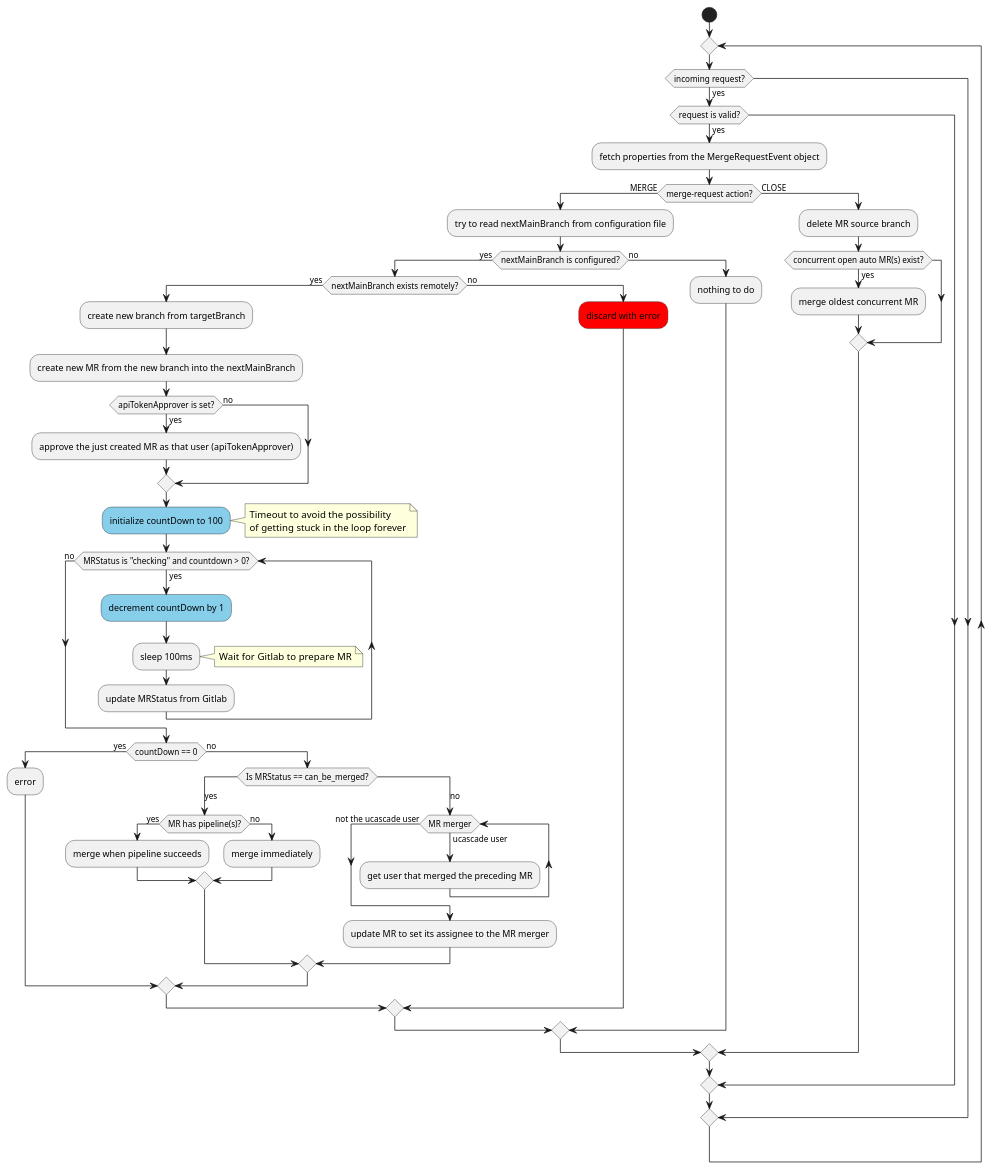
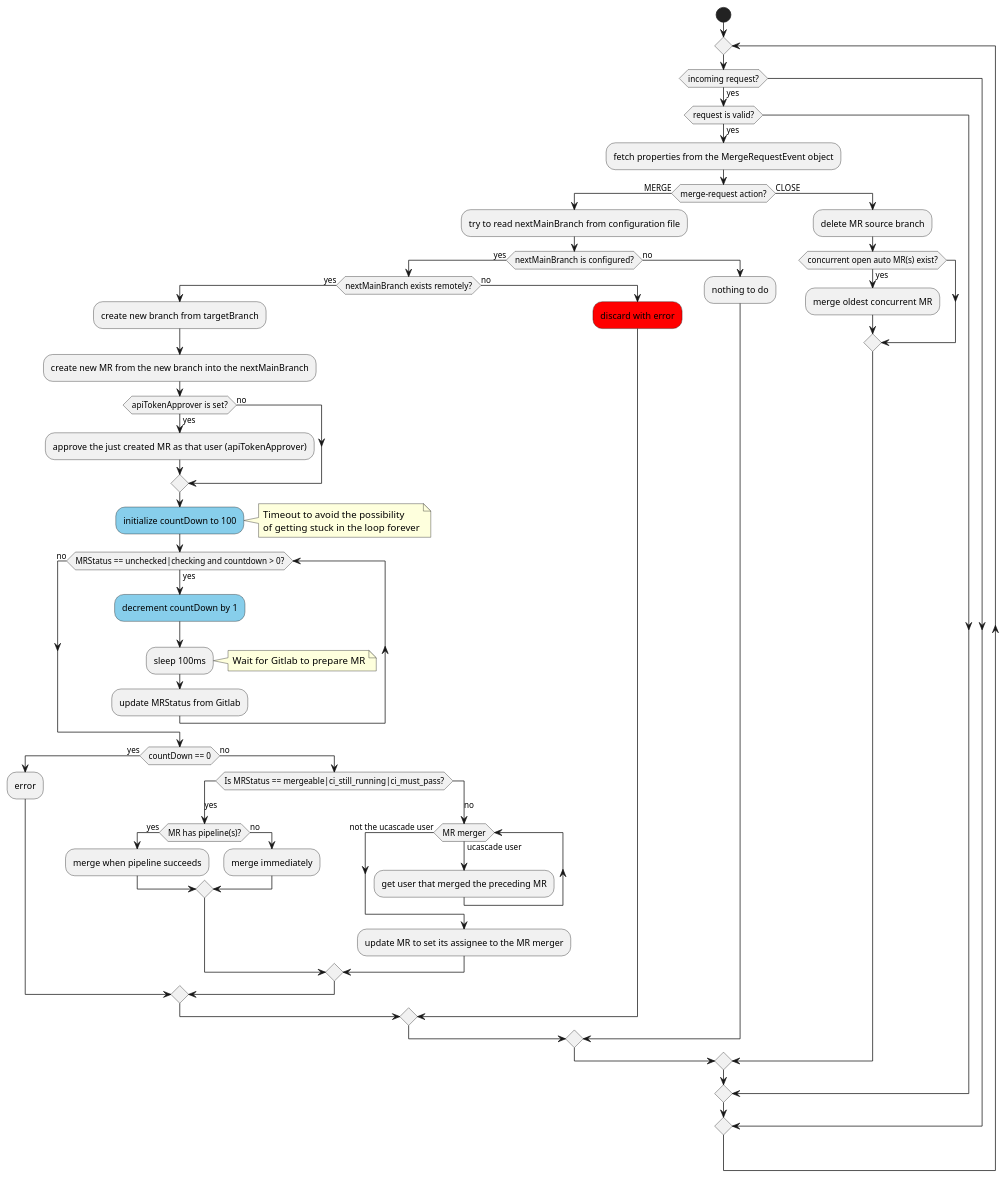
One commit to unblu/ucascade changed the diagram in _documentation/src/docs/diagrams/technical-workflow.puml. Above: the diagram before and after it, drawn with PlantUML. The commit also changed 15 other files, not shown here.

```diff
--- a/_documentation/src/docs/diagrams/technical-workflow.puml
+++ b/_documentation/src/docs/diagrams/technical-workflow.puml
@@ -1,60 +1,60 @@
 @startuml technical-workflow
 start
 repeat
 if (incoming request?) then (yes)
     if (request is valid?) then (yes)
         :fetch properties from the MergeRequestEvent object;
         if (merge-request action?) then (MERGE)
             :try to read nextMainBranch from configuration file;
             if (nextMainBranch is configured?) then (yes)
                 if (nextMainBranch exists remotely?) then (yes)
                     :create new branch from targetBranch;
                     :create new MR from the new branch into the nextMainBranch;
                     if (apiTokenApprover is set?) then (yes)
                         :approve the just created MR as that user (apiTokenApprover);
                     else (no)
                     endif
                     #SkyBlue:initialize countDown to 100;
                     note right 
                         Timeout to avoid the possibility
                         of getting stuck in the loop forever
                     end note
-                    while(MRStatus is "checking" and countdown > 0?) is (yes)
+                    while(MRStatus == unchecked|checking and countdown > 0?) is (yes)
                         #SkyBlue:decrement countDown by 1;
                         :sleep 100ms;
                         note right: Wait for Gitlab to prepare MR
                         :update MRStatus from Gitlab;
                     endwhile (no)
                     if (countDown == 0) then (yes) 
                         :error;
                     else (no)
-                        switch(Is MRStatus == can_be_merged?)
+                        switch(Is MRStatus == mergeable|ci_still_running|ci_must_pass?)
                         case (yes)
                             if (MR has pipeline(s)?) then (yes)
                                 :merge when pipeline succeeds;
                             else (no)
                                 :merge immediately;
                             endif
                         case (no)
                             while(MR merger) is (ucascade user)
                                 :get user that merged the preceding MR;
                             endwhile (not the ucascade user)
                             :update MR to set its assignee to the MR merger;
                         endswitch
                     endif
                 else (no)
                     #red:discard with error;
                 endif
                 else (no)
                     :nothing to do;
             endif
         else (CLOSE)
             :delete MR source branch;
             if (concurrent open auto MR(s) exist?) then (yes)
                 :merge oldest concurrent MR;
             endif
         endif
     endif
 endif
 repeat while
 @enduml
```
